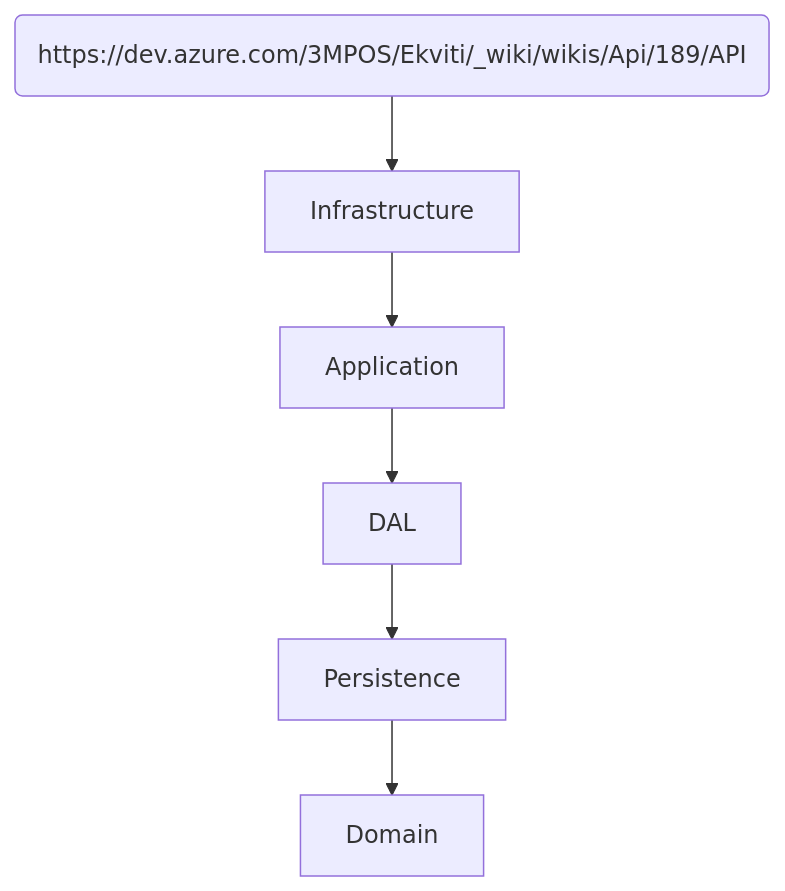
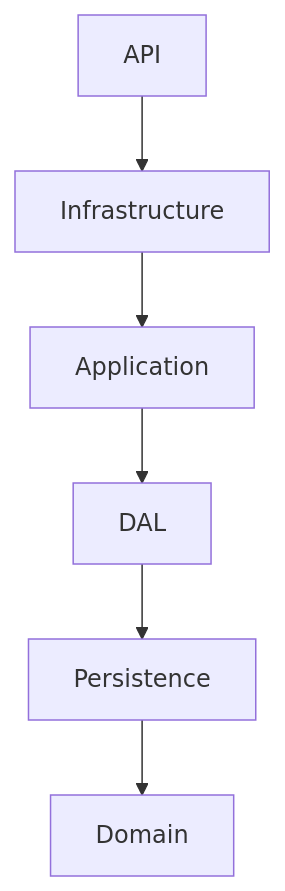
Before and after one commit to tringltom/API: the diagram in Documentation/DEV.md, drawn with Mermaid. The commit also changed other lines of this file, not shown here.

Commit message:
Updated DEV

```diff
--- a/Documentation/DEV.md
+++ b/Documentation/DEV.md
@@ -2,4 +2,6 @@
 ::: mermaid
  graph TD;
- API(https://dev.azure.com/3MPOS/Ekviti/_wiki/wikis/Api/189/API) --> Infrastructure --> Application --> DAL --> Persistence --> Domain;
+ API --> Infrastructure --> Application --> DAL --> Persistence --> Domain;
+ click API "https://dev.azure.com/3MPOS/Ekviti/_wiki/wikis/Api/189/API"
+ click Infrastructure "https://dev.azure.com/3MPOS/Ekviti/_wiki/wikis/Api/189/API"
 :::
```
